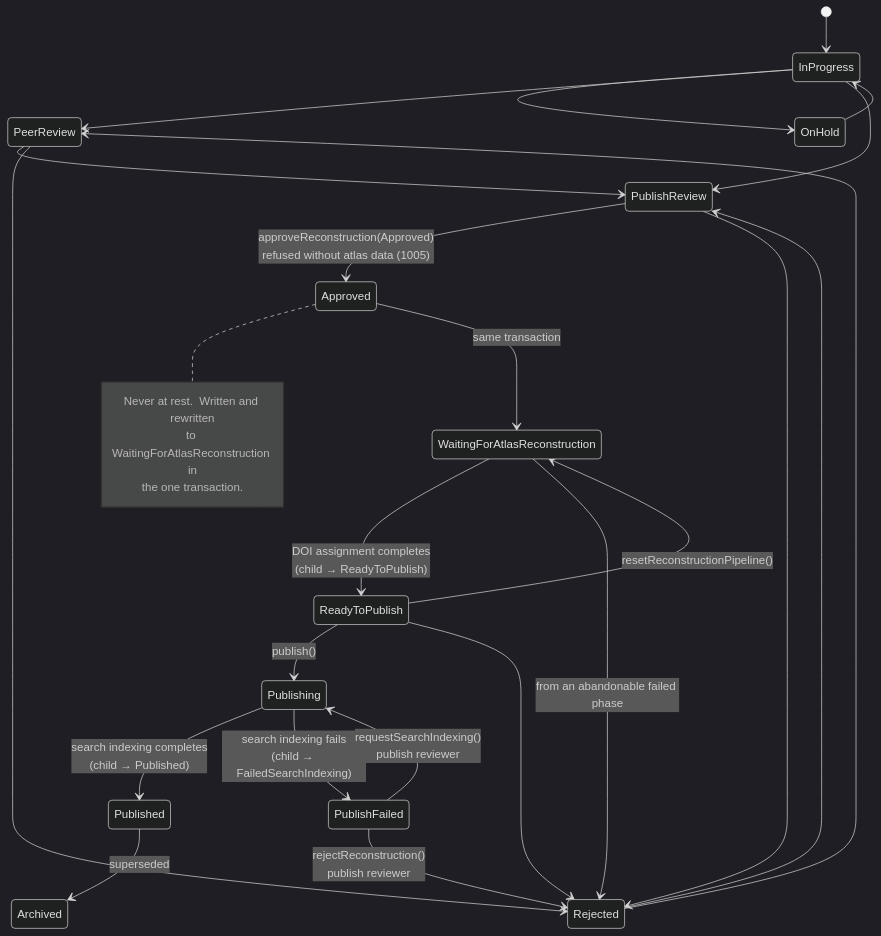
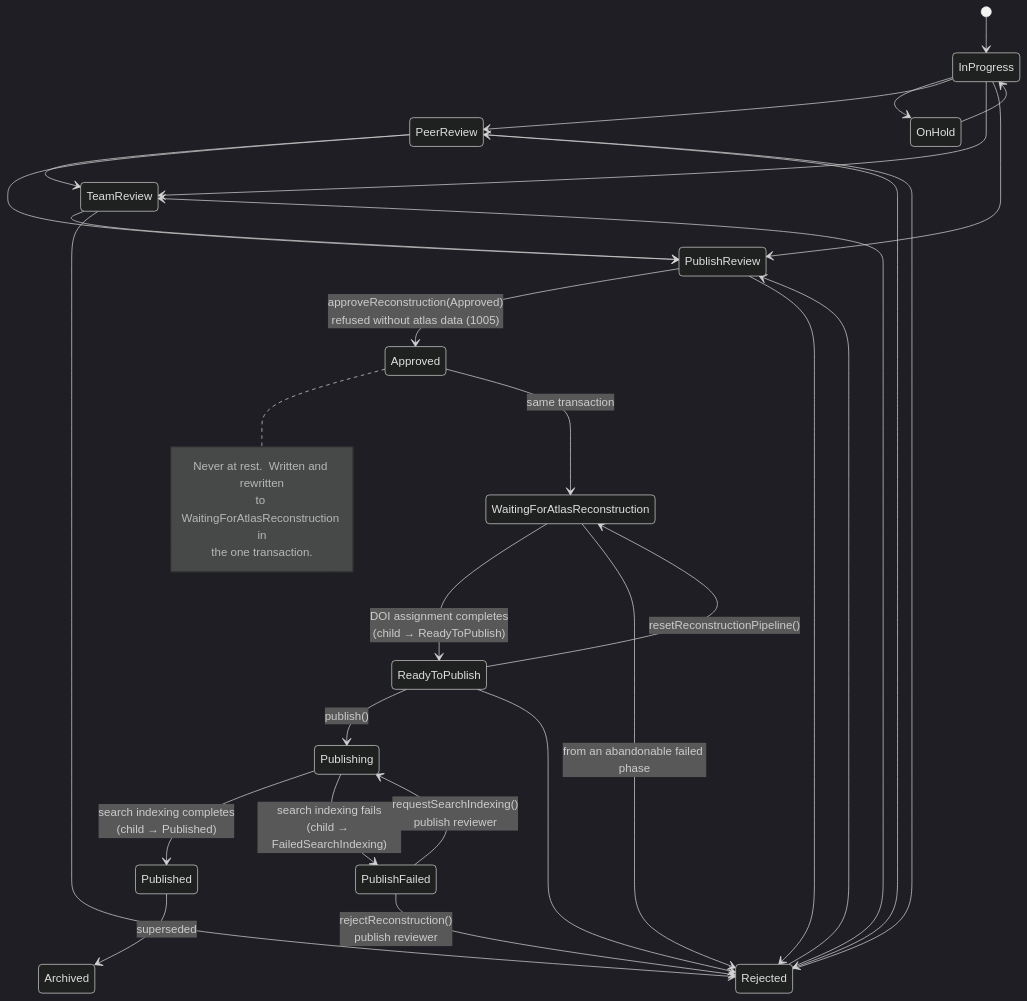
Before and after one commit to AllenNeuralDynamics/nmcp-api: the sixth of 8 diagrams in doc/publish-workflow.md, drawn with Mermaid (dark theme). The commit also changed other lines of this file and 19 other files, not shown here.

````diff
--- a/doc/publish-workflow.md
+++ b/doc/publish-workflow.md
@@ -515,35 +581,40 @@
 ```mermaid
 stateDiagram-v2
     direction TB
     [*] --> InProgress
     InProgress --> OnHold
     OnHold --> InProgress
     InProgress --> PeerReview
+    InProgress --> TeamReview
     InProgress --> PublishReview
+    PeerReview --> TeamReview
     PeerReview --> PublishReview
+    TeamReview --> PublishReview
     PublishReview --> Approved: approveReconstruction(Approved)<br/>refused without atlas data (1005)
 
     state "Approved" as Approved
     note right of Approved
         Never at rest.  Written and rewritten
         to WaitingForAtlasReconstruction in
         the one transaction.
     end note
 
     Approved --> WaitingForAtlasReconstruction: same transaction
     WaitingForAtlasReconstruction --> ReadyToPublish: DOI assignment completes<br/>(child → ReadyToPublish)
     ReadyToPublish --> WaitingForAtlasReconstruction: resetReconstructionPipeline()
     ReadyToPublish --> Publishing: publish()
     Publishing --> Published: search indexing completes<br/>(child → Published)
     Publishing --> PublishFailed: search indexing fails<br/>(child → FailedSearchIndexing)
     PublishFailed --> Publishing: requestSearchIndexing()<br/>publish reviewer
     Published --> Archived: superseded
 
     PeerReview --> Rejected
+    TeamReview --> Rejected
     PublishReview --> Rejected
     ReadyToPublish --> Rejected
     WaitingForAtlasReconstruction --> Rejected: from an abandonable failed phase
     PublishFailed --> Rejected: rejectReconstruction()<br/>publish reviewer
     Rejected --> PeerReview
+    Rejected --> TeamReview
     Rejected --> PublishReview
 ```
````
